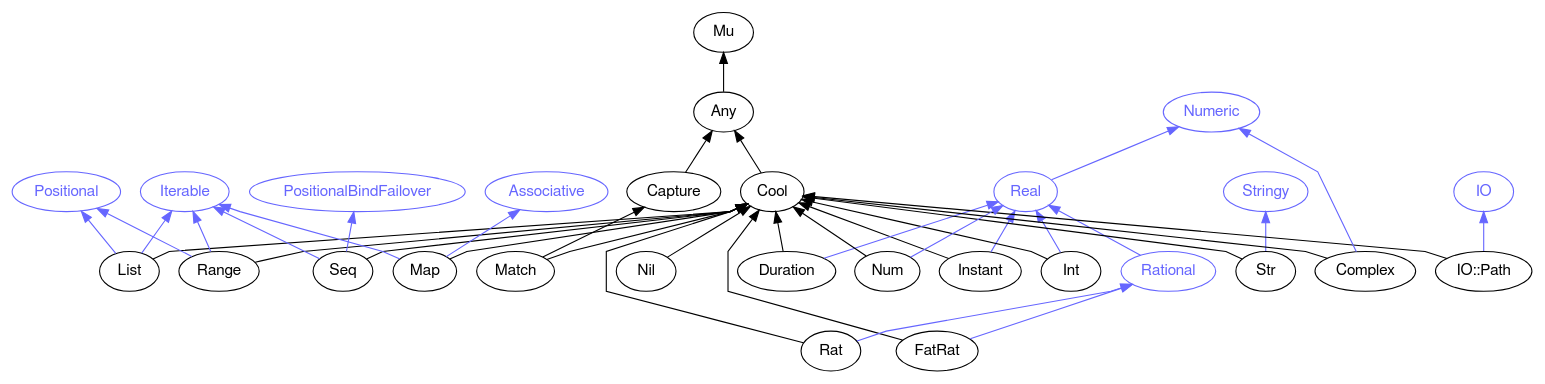
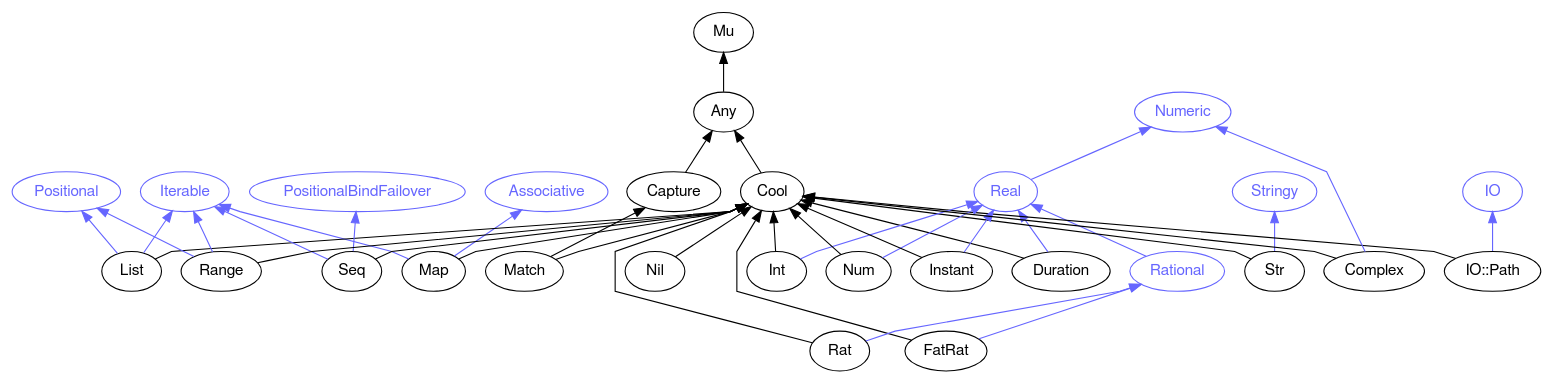
One commit to perl6docs/perl6docs.github.io changed the diagram in images/type-graph-Cool.svg.dot. Above: the diagram before and after it, drawn with Graphviz. The commit also changed other lines of this file and 4371 other files, not shown here.

```diff
--- a/images/type-graph-Cool.svg.dot
+++ b/images/type-graph-Cool.svg.dot
@@ -1,76 +1,76 @@
 digraph "perl6-type-graph" {
     rankdir=BT;
     splines=polyline;
     overlap=false; 
     // Types
     "Cool" [color="#000000", fontcolor="#000000", href="/type/Cool", fontname="FreeSans"];
     "Mu" [color="#000000", fontcolor="#000000", href="/type/Mu", fontname="FreeSans"];
     "Any" [color="#000000", fontcolor="#000000", href="/type/Any", fontname="FreeSans"];
+    "Iterable" [color="#6666FF", fontcolor="#6666FF", href="/type/Iterable", fontname="FreeSans"];
+    "Associative" [color="#6666FF", fontcolor="#6666FF", href="/type/Associative", fontname="FreeSans"];
+    "Map" [color="#000000", fontcolor="#000000", href="/type/Map", fontname="FreeSans"];
     "Numeric" [color="#6666FF", fontcolor="#6666FF", href="/type/Numeric", fontname="FreeSans"];
     "Real" [color="#6666FF", fontcolor="#6666FF", href="/type/Real", fontname="FreeSans"];
-    "Instant" [color="#000000", fontcolor="#000000", href="/type/Instant", fontname="FreeSans"];
-    "Int" [color="#000000", fontcolor="#000000", href="/type/Int", fontname="FreeSans"];
-    "Positional" [color="#6666FF", fontcolor="#6666FF", href="/type/Positional", fontname="FreeSans"];
-    "Iterable" [color="#6666FF", fontcolor="#6666FF", href="/type/Iterable", fontname="FreeSans"];
-    "List" [color="#000000", fontcolor="#000000", href="/type/List", fontname="FreeSans"];
     "Rational" [color="#6666FF", fontcolor="#6666FF", href="/type/Rational", fontname="FreeSans"];
     "FatRat" [color="#000000", fontcolor="#000000", href="/type/FatRat", fontname="FreeSans"];
+    "Capture" [color="#000000", fontcolor="#000000", href="/type/Capture", fontname="FreeSans"];
+    "Match" [color="#000000", fontcolor="#000000", href="/type/Match", fontname="FreeSans"];
+    "Rat" [color="#000000", fontcolor="#000000", href="/type/Rat", fontname="FreeSans"];
+    "Positional" [color="#6666FF", fontcolor="#6666FF", href="/type/Positional", fontname="FreeSans"];
+    "List" [color="#000000", fontcolor="#000000", href="/type/List", fontname="FreeSans"];
+    "PositionalBindFailover" [color="#6666FF", fontcolor="#6666FF", href="/type/PositionalBindFailover", fontname="FreeSans"];
+    "Seq" [color="#000000", fontcolor="#000000", href="/type/Seq", fontname="FreeSans"];
     "Duration" [color="#000000", fontcolor="#000000", href="/type/Duration", fontname="FreeSans"];
-    "Range" [color="#000000", fontcolor="#000000", href="/type/Range", fontname="FreeSans"];
     "Stringy" [color="#6666FF", fontcolor="#6666FF", href="/type/Stringy", fontname="FreeSans"];
     "Str" [color="#000000", fontcolor="#000000", href="/type/Str", fontname="FreeSans"];
     "IO" [color="#6666FF", fontcolor="#6666FF", href="/type/IO", fontname="FreeSans"];
     "IO::Path" [color="#000000", fontcolor="#000000", href="/type/IO::Path", fontname="FreeSans"];
+    "Int" [color="#000000", fontcolor="#000000", href="/type/Int", fontname="FreeSans"];
+    "Num" [color="#000000", fontcolor="#000000", href="/type/Num", fontname="FreeSans"];
+    "Instant" [color="#000000", fontcolor="#000000", href="/type/Instant", fontname="FreeSans"];
+    "Complex" [color="#000000", fontcolor="#000000", href="/type/Complex", fontname="FreeSans"];
+    "Range" [color="#000000", fontcolor="#000000", href="/type/Range", fontname="FreeSans"];
     "Nil" [color="#000000", fontcolor="#000000", href="/type/Nil", fontname="FreeSans"];
-    "PositionalBindFailover" [color="#6666FF", fontcolor="#6666FF", href="/type/PositionalBindFailover", fontname="FreeSans"];
-    "Seq" [color="#000000", fontcolor="#000000", href="/type/Seq", fontname="FreeSans"];
-    "Num" [color="#000000", fontcolor="#000000", href="/type/Num", fontname="FreeSans"];
-    "Capture" [color="#000000", fontcolor="#000000", href="/type/Capture", fontname="FreeSans"];
-    "Match" [color="#000000", fontcolor="#000000", href="/type/Match", fontname="FreeSans"];
-    "Associative" [color="#6666FF", fontcolor="#6666FF", href="/type/Associative", fontname="FreeSans"];
-    "Map" [color="#000000", fontcolor="#000000", href="/type/Map", fontname="FreeSans"];
-    "Rat" [color="#000000", fontcolor="#000000", href="/type/Rat", fontname="FreeSans"];
-    "Complex" [color="#000000", fontcolor="#000000", href="/type/Complex", fontname="FreeSans"];
 
     // Superclasses
     "Cool" -> "Any" [color="#000000"];
     "Any" -> "Mu" [color="#000000"];
-    "Instant" -> "Cool" [color="#000000"];
-    "Int" -> "Cool" [color="#000000"];
-    "List" -> "Cool" [color="#000000"];
+    "Map" -> "Cool" [color="#000000"];
     "FatRat" -> "Cool" [color="#000000"];
-    "Duration" -> "Cool" [color="#000000"];
-    "Range" -> "Cool" [color="#000000"];
-    "Str" -> "Cool" [color="#000000"];
-    "IO::Path" -> "Cool" [color="#000000"];
-    "Nil" -> "Cool" [color="#000000"];
-    "Seq" -> "Cool" [color="#000000"];
-    "Num" -> "Cool" [color="#000000"];
     "Capture" -> "Any" [color="#000000"];
     "Match" -> "Capture" [color="#000000"];
     "Match" -> "Cool" [color="#000000"];
-    "Map" -> "Cool" [color="#000000"];
     "Rat" -> "Cool" [color="#000000"];
+    "List" -> "Cool" [color="#000000"];
+    "Seq" -> "Cool" [color="#000000"];
+    "Duration" -> "Cool" [color="#000000"];
+    "Str" -> "Cool" [color="#000000"];
+    "IO::Path" -> "Cool" [color="#000000"];
+    "Int" -> "Cool" [color="#000000"];
+    "Num" -> "Cool" [color="#000000"];
+    "Instant" -> "Cool" [color="#000000"];
     "Complex" -> "Cool" [color="#000000"];
+    "Range" -> "Cool" [color="#000000"];
+    "Nil" -> "Cool" [color="#000000"];
 
     // Roles
+    "Map" -> "Iterable" [color="#6666FF"];
+    "Map" -> "Associative" [color="#6666FF"];
     "Real" -> "Numeric" [color="#6666FF"];
-    "Instant" -> "Real" [color="#6666FF"];
-    "Int" -> "Real" [color="#6666FF"];
+    "Rational" -> "Real" [color="#6666FF"];
+    "FatRat" -> "Rational" [color="#6666FF"];
+    "Rat" -> "Rational" [color="#6666FF"];
     "List" -> "Positional" [color="#6666FF"];
     "List" -> "Iterable" [color="#6666FF"];
-    "Rational" -> "Real" [color="#6666FF"];
-    "FatRat" -> "Rational" [color="#6666FF"];
+    "Seq" -> "Iterable" [color="#6666FF"];
+    "Seq" -> "PositionalBindFailover" [color="#6666FF"];
     "Duration" -> "Real" [color="#6666FF"];
+    "Str" -> "Stringy" [color="#6666FF"];
+    "IO::Path" -> "IO" [color="#6666FF"];
+    "Int" -> "Real" [color="#6666FF"];
+    "Num" -> "Real" [color="#6666FF"];
+    "Instant" -> "Real" [color="#6666FF"];
+    "Complex" -> "Numeric" [color="#6666FF"];
     "Range" -> "Positional" [color="#6666FF"];
     "Range" -> "Iterable" [color="#6666FF"];
-    "Str" -> "Stringy" [color="#6666FF"];
-    "IO::Path" -> "IO" [color="#6666FF"];
-    "Seq" -> "Iterable" [color="#6666FF"];
-    "Seq" -> "PositionalBindFailover" [color="#6666FF"];
-    "Num" -> "Real" [color="#6666FF"];
-    "Map" -> "Iterable" [color="#6666FF"];
-    "Map" -> "Associative" [color="#6666FF"];
-    "Rat" -> "Rational" [color="#6666FF"];
-    "Complex" -> "Numeric" [color="#6666FF"];
 }
```
